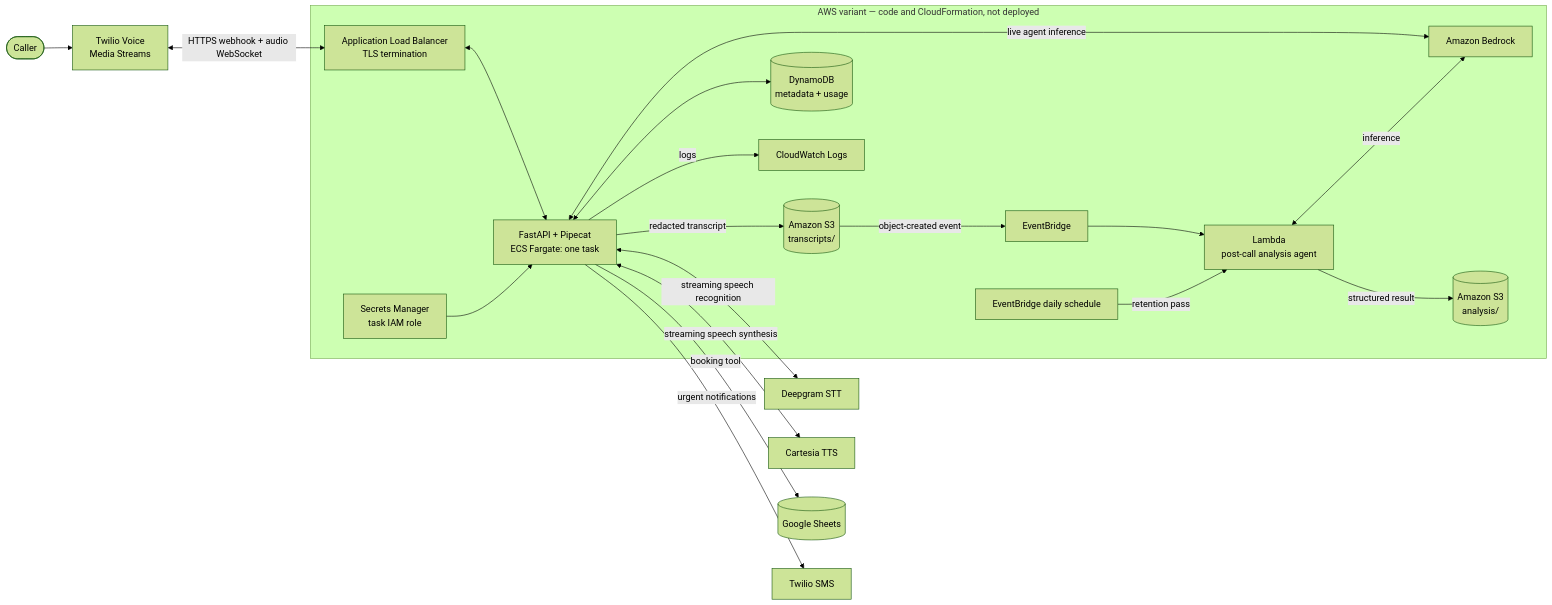
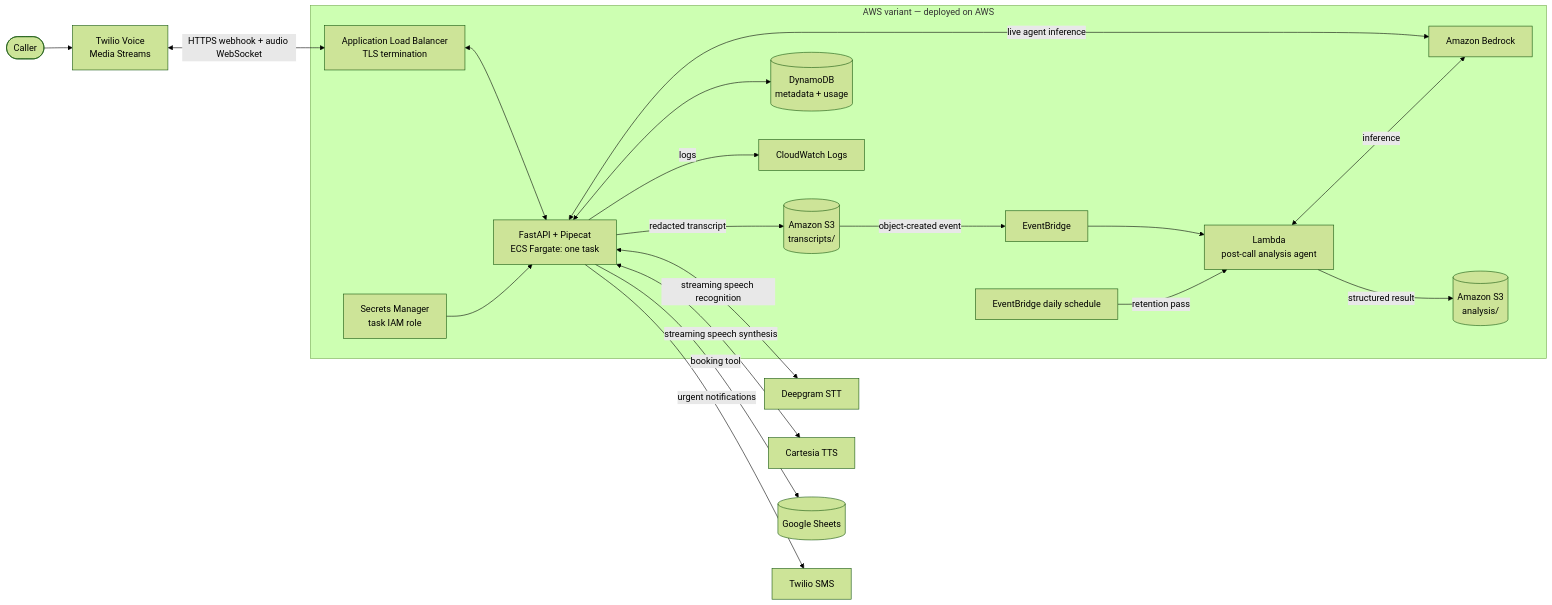
One commit to nub088/ai-voice-assistant-aws changed the diagram in README.md. Above: the diagram before and after it, drawn with Mermaid (forest theme). The commit also changed other lines of this file and 1 other file, not shown here.

Commit message:
Update AWS deployment status

````diff
--- a/README.md
+++ b/README.md
@@ -36,24 +36,24 @@
 ```mermaid
 flowchart LR
     caller([Caller]) --> twilio[Twilio Voice<br/>Media Streams]
     twilio <-->|HTTPS webhook + audio WebSocket| alb[Application Load Balancer<br/>TLS termination]
 
-    subgraph aws["AWS variant — code and CloudFormation, not deployed"]
+    subgraph aws["AWS variant — deployed on AWS"]
         alb <--> app[FastAPI + Pipecat<br/>ECS Fargate: one task]
         app <-->|live agent inference| bedrock[Amazon Bedrock]
         app -->|redacted transcript| s3[(Amazon S3<br/>transcripts/)]
         app <--> ddb[(DynamoDB<br/>metadata + usage)]
         app -->|logs| logs[CloudWatch Logs]
         secrets[Secrets Manager<br/>task IAM role] --> app
         s3 -->|object-created event| events[EventBridge]
         events --> post[Lambda<br/>post-call analysis agent]
         post <-->|inference| bedrock
         post -->|structured result| analysis[(Amazon S3<br/>analysis/)]
         schedule[EventBridge daily schedule] -->|retention pass| post
     end
 
     app <-->|streaming speech recognition| deepgram[Deepgram STT]
     app <-->|streaming speech synthesis| cartesia[Cartesia TTS]
     app -->|booking tool| sheets[(Google Sheets)]
     app -->|urgent notifications| sms[Twilio SMS]
 ```
````
